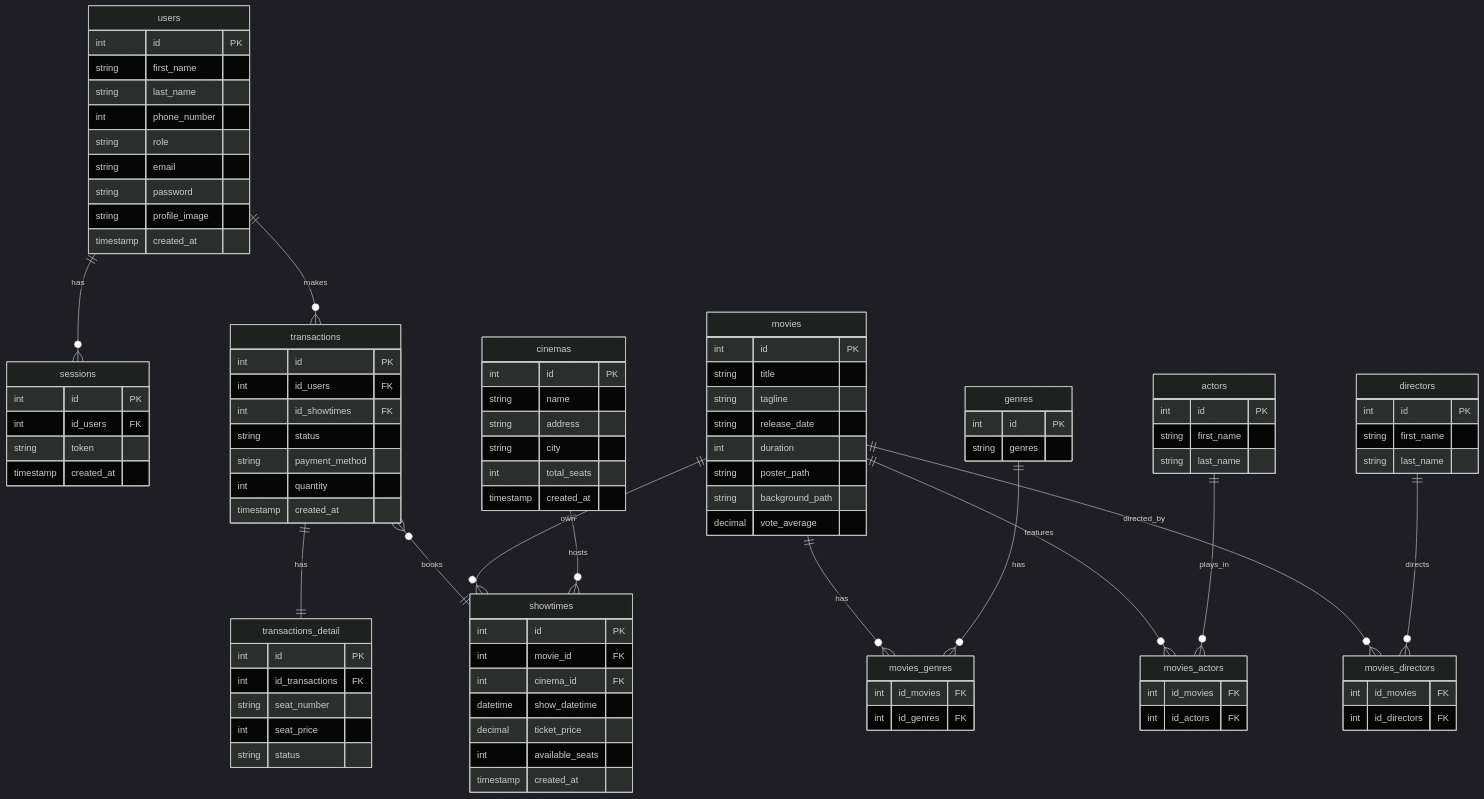
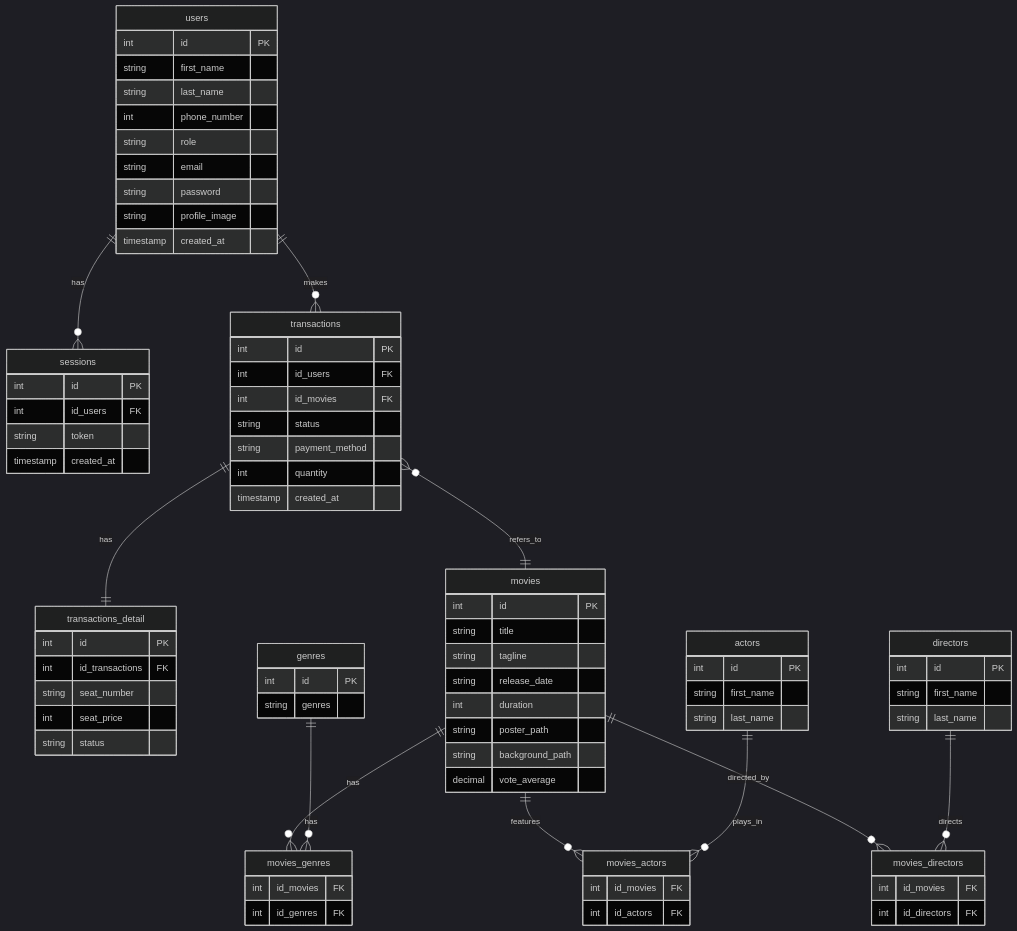
Before and after one commit to Dwaysetya/fgo24-db-weeklytask: the diagram in README.md, drawn with Mermaid (dark theme).

Commit message:
docs: update to erd cardilatitas and remove showtimes and cinemas

````diff
--- a/README.md
+++ b/README.md
@@ -6,15 +6,11 @@
 
 erDiagram
 
+users ||--o{ sessions : has
+users ||--o{ transactions : makes
+transactions ||--|| transactions_detail : has
 
-users ||--o{ sessions : has
-users ||--o{ transactions: makes
-transactions ||--|| transactions_detail: has
-
-transactions }o--|| showtimes : books
-
-movies ||--o{ showtimes : own
-cinemas ||--o{ showtimes : hosts
+transactions }o--|| movies : refers_to
 
 movies ||--o{ movies_genres : has
 genres ||--o{ movies_genres : has
@@ -25,8 +21,7 @@
 movies ||--o{ movies_directors : directed_by
 directors ||--o{ movies_directors : directs
 
-
-users{
+users {
     int         id           PK
     string      first_name
     string      last_name
@@ -61,7 +56,7 @@
     string  genres
 }
 
-movies_genres{
+movies_genres {
     int     id_movies   FK
     int     id_genres   FK
 }
@@ -72,7 +67,7 @@
     string  last_name
 }
 
-movies_actors{
+movies_actors {
     int     id_movies   FK
     int     id_actors   FK
 }
@@ -88,17 +83,17 @@
     int     id_directors    FK
 }
 
-transactions{
-    int         id                  PK
-    int         id_users            FK
-    int         id_showtimes        FK
+transactions {
+    int         id              PK
+    int         id_users        FK
+    int         id_movies       FK
     string      status
     string      payment_method
     int         quantity
     timestamp   created_at
 }
 
-transactions_detail{
+transactions_detail {
     int     id                  PK
     int     id_transactions     FK
     string  seat_number
@@ -106,25 +101,5 @@
     string  status
 }
 
-showtimes {
-    int         id              PK
-    int         movie_id        FK
-    int         cinema_id       FK
-    datetime    show_datetime
-    decimal     ticket_price
-    int         available_seats
-    timestamp   created_at
-}
-
-cinemas {
-    int         id          PK
-    string      name
-    string      address
-    string      city
-    int         total_seats
-    timestamp   created_at
-}
-
-
 
 ```
````
